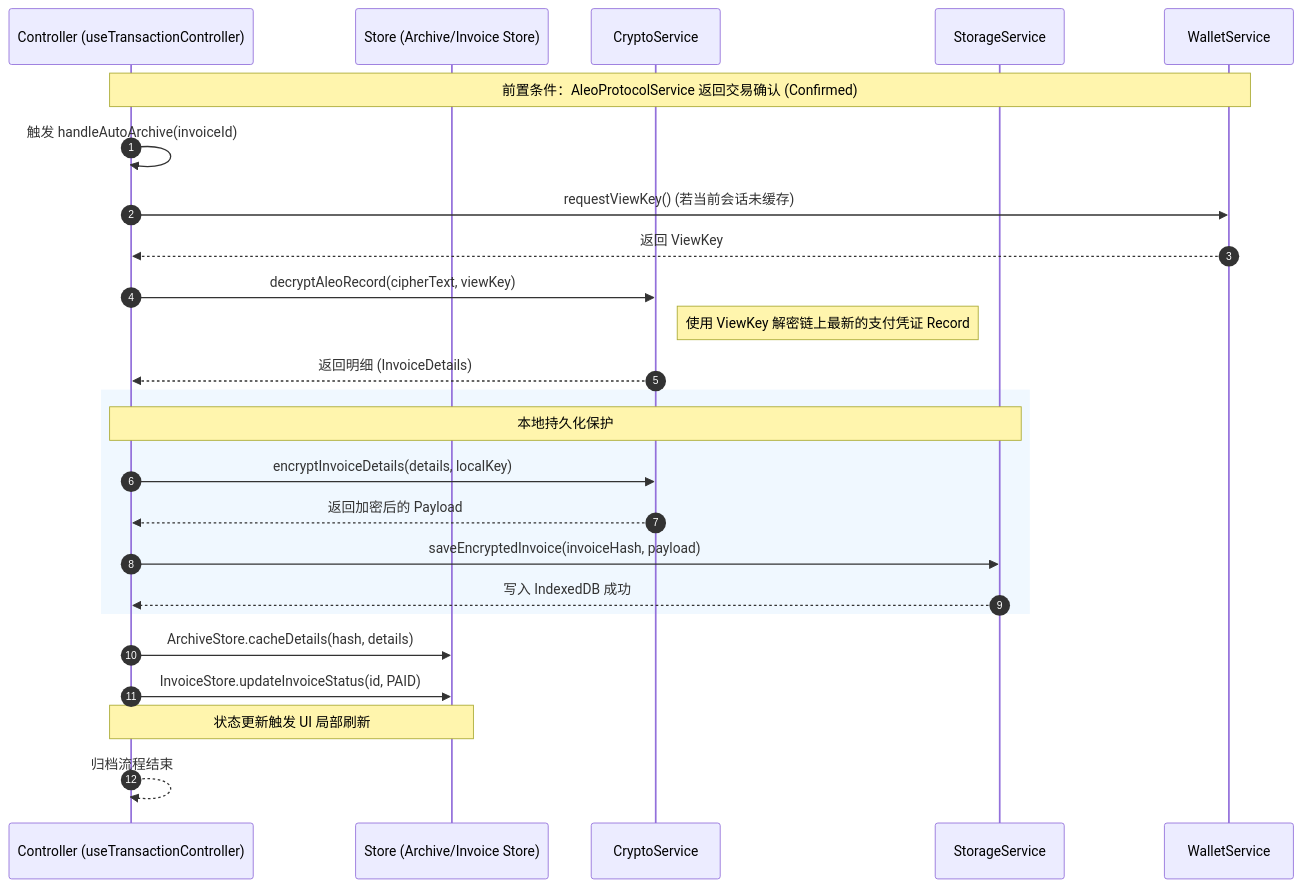
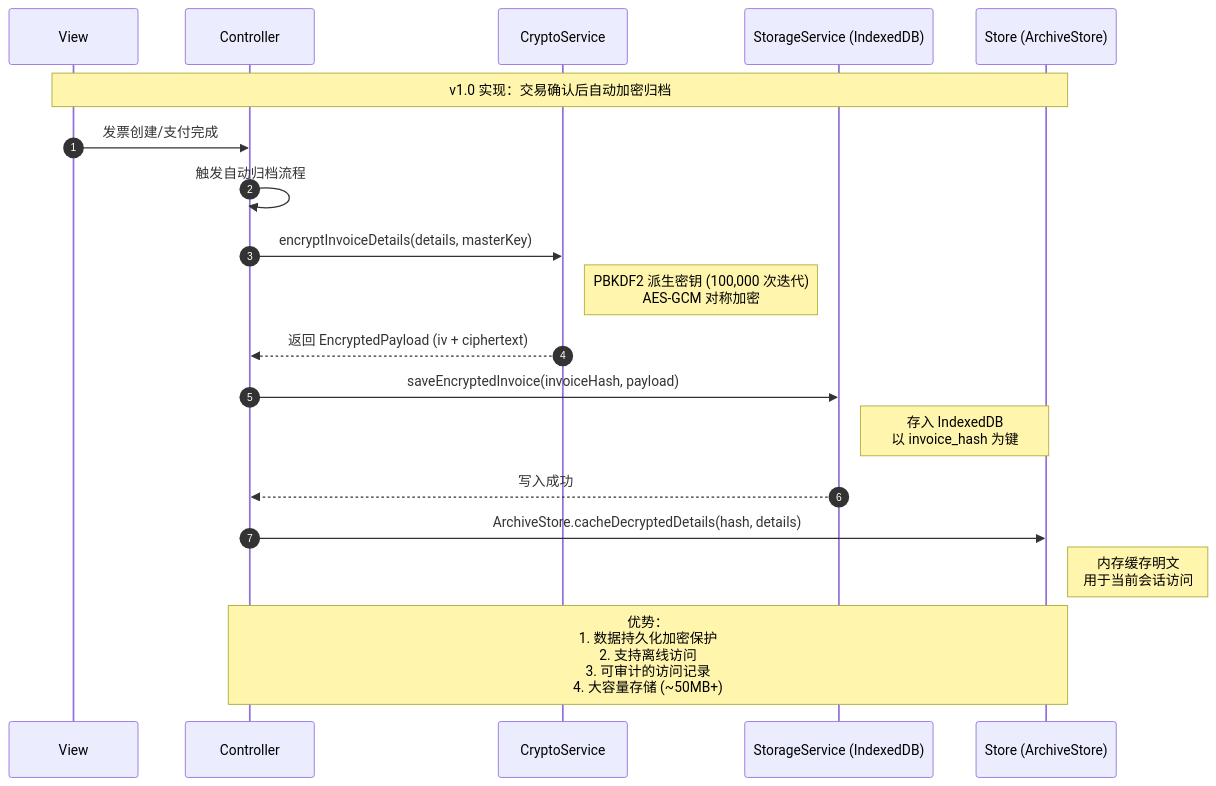
The sixth of 9 diagrams in docs/ARCHITECTURE_NEW.md (WHXisWH/alpaca-invoice), drawn with Mermaid before and after one commit. The commit also changed other lines of this file and 4 other files, not shown here.

````diff
--- a/docs/ARCHITECTURE_NEW.md
+++ b/docs/ARCHITECTURE_NEW.md
@@ -426,31 +436,27 @@
 ```mermaid
 sequenceDiagram
     autonumber
-    participant C as Controller (useTransactionController)
-    participant S as Store (Archive/Invoice Store)
+    participant V as View
+    participant C as Controller
     participant CS as CryptoService
-    participant SS as StorageService
-    participant WS as WalletService
-    Note over C,WS: 前置条件：AleoProtocolService 返回交易确认 (Confirmed)
-    C->>C: 触发 handleAutoArchive(invoiceId)
+    participant SS as StorageService (IndexedDB)
+    participant S as Store (ArchiveStore)
     
-    C->>WS: requestViewKey() (若当前会话未缓存)
-    WS-->>C: 返回 ViewKey
+    Note over V,S: v1.0 实现：交易确认后自动加密归档
     
-    C->>CS: decryptAleoRecord(cipherText, viewKey)
-    Note right of CS: 使用 ViewKey 解密链上最新的支付凭证 Record
-    CS-->>C: 返回明细 (InvoiceDetails)
+    V->>C: 发票创建/支付完成
+    C->>C: 触发自动归档流程
     
-    rect rgb(240, 248, 255)
-    Note over C,SS: 本地持久化保护
-    C->>CS: encryptInvoiceDetails(details, localKey)
-    CS-->>C: 返回加密后的 Payload
+    C->>CS: encryptInvoiceDetails(details, masterKey)
+    Note right of CS: PBKDF2 派生密钥 (100,000 次迭代)<br/>AES-GCM 对称加密
+    CS-->>C: 返回 EncryptedPayload (iv + ciphertext)
+    
     C->>SS: saveEncryptedInvoice(invoiceHash, payload)
-    SS-->>C: 写入 IndexedDB 成功
-    end
-    C->>S: ArchiveStore.cacheDetails(hash, details)
-    C->>S: InvoiceStore.updateInvoiceStatus(id, PAID)
+    Note right of SS: 存入 IndexedDB<br/>以 invoice_hash 为键
+    SS-->>C: 写入成功
     
-    Note over C,S: 状态更新触发 UI 局部刷新
-    C-->>C: 归档流程结束
+    C->>S: ArchiveStore.cacheDecryptedDetails(hash, details)
+    Note right of S: 内存缓存明文<br/>用于当前会话访问
+    
+    Note over C,S: 优势：<br/>1. 数据持久化加密保护<br/>2. 支持离线访问<br/>3. 可审计的访问记录<br/>4. 大容量存储 (~50MB+)
 ```
````
